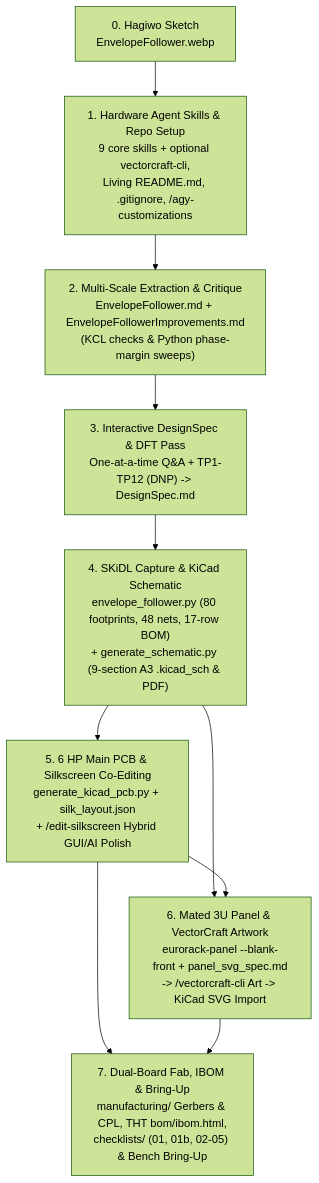
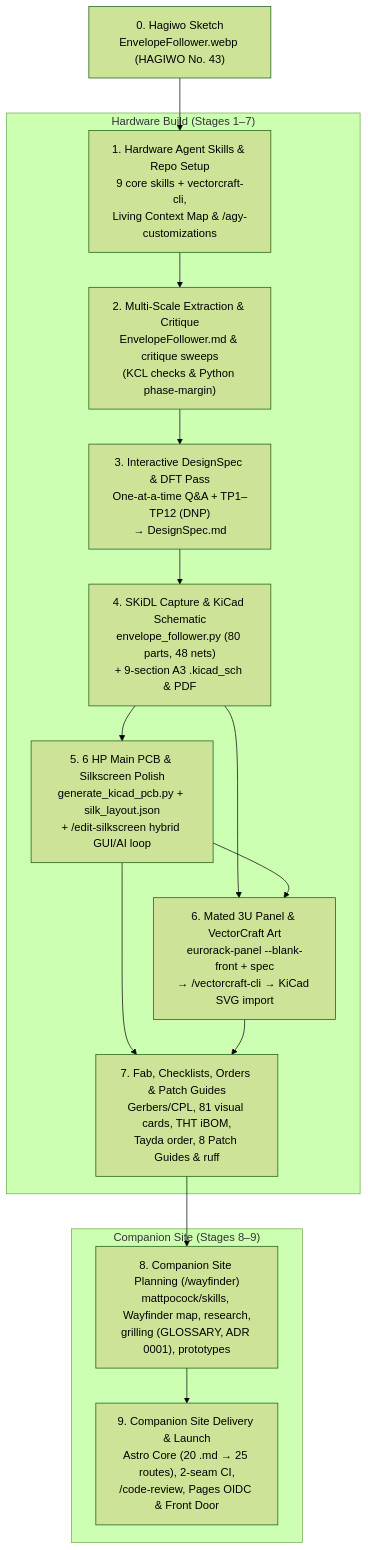
Before and after one commit to domesticmouse/EnvelopeFollower: the diagram in docs/index.md, drawn with Mermaid (forest theme). The commit also changed other lines of this file and 3 other files, not shown here.

````diff
--- a/docs/index.md
+++ b/docs/index.md
@@ -21,12 +25,26 @@
 ```mermaid
 flowchart TD
-    S0["0. Hagiwo Sketch<br/>EnvelopeFollower.webp"] --> S1["1. Hardware Agent Skills & Repo Setup<br/>9 core skills + optional vectorcraft-cli,<br/>Living README.md, .gitignore, /agy-customizations"]
-    S1 --> S2["2. Multi-Scale Extraction & Critique<br/>EnvelopeFollower.md + EnvelopeFollowerImprovements.md<br/>(KCL checks & Python phase-margin sweeps)"]
-    S2 --> S3["3. Interactive DesignSpec & DFT Pass<br/>One-at-a-time Q&A + TP1-TP12 (DNP) -> DesignSpec.md"]
-    S3 --> S4["4. SKiDL Capture & KiCad Schematic<br/>envelope_follower.py (80 footprints, 48 nets, 17-row BOM)<br/>+ generate_schematic.py (9-section A3 .kicad_sch & PDF)"]
-    S4 --> S5["5. 6 HP Main PCB & Silkscreen Co-Editing<br/>generate_kicad_pcb.py + silk_layout.json<br/>+ /edit-silkscreen Hybrid GUI/AI Polish"]
-    S4 --> S6["6. Mated 3U Panel & VectorCraft Artwork<br/>eurorack-panel --blank-front + panel_svg_spec.md<br/>-> /vectorcraft-cli Art -> KiCad SVG Import"]
-    S5 --> S6
-    S5 --> S7["7. Dual-Board Fab, IBOM & Bring-Up<br/>manufacturing/ Gerbers & CPL, THT bom/ibom.html,<br/>checklists/ (01, 01b, 02-05) & Bench Bring-Up"]
-    S6 --> S7
+    S0["0. Hagiwo Sketch<br/>EnvelopeFollower.webp (HAGIWO No. 43)"]
+    subgraph HW["Hardware Build (Stages 1–7)"]
+        S1["1. Hardware Agent Skills & Repo Setup<br/>9 core skills + vectorcraft-cli,<br/>Living Context Map & /agy-customizations"]
+        S2["2. Multi-Scale Extraction & Critique<br/>EnvelopeFollower.md & critique sweeps<br/>(KCL checks & Python phase-margin)"]
+        S3["3. Interactive DesignSpec & DFT Pass<br/>One-at-a-time Q&A + TP1–TP12 (DNP)<br/>→ DesignSpec.md"]
+        S4["4. SKiDL Capture & KiCad Schematic<br/>envelope_follower.py (80 parts, 48 nets)<br/>+ 9-section A3 .kicad_sch & PDF"]
+        S5["5. 6 HP Main PCB & Silkscreen Polish<br/>generate_kicad_pcb.py + silk_layout.json<br/>+ /edit-silkscreen hybrid GUI/AI loop"]
+        S6["6. Mated 3U Panel & VectorCraft Art<br/>eurorack-panel --blank-front + spec<br/>→ /vectorcraft-cli → KiCad SVG import"]
+        S7["7. Fab, Checklists, Orders & Patch Guides<br/>Gerbers/CPL, 81 visual cards, THT iBOM,<br/>Tayda order, 8 Patch Guides & ruff"]
+        S1 --> S2 --> S3 --> S4
+        S4 --> S5
+        S4 --> S6
+        S5 --> S6
+        S5 --> S7
+        S6 --> S7
+    end
+    subgraph SITE["Companion Site (Stages 8–9)"]
+        S8["8. Companion Site Planning (/wayfinder)<br/>mattpocock/skills, Wayfinder map, research,<br/>grilling (GLOSSARY, ADR 0001), prototypes"]
+        S9["9. Companion Site Delivery & Launch<br/>Astro Core (20 .md → 25 routes), 2-seam CI,<br/>/code-review, Pages OIDC & Front Door"]
+        S8 --> S9
+    end
+    S0 --> S1
+    S7 --> S8
 ```
````
